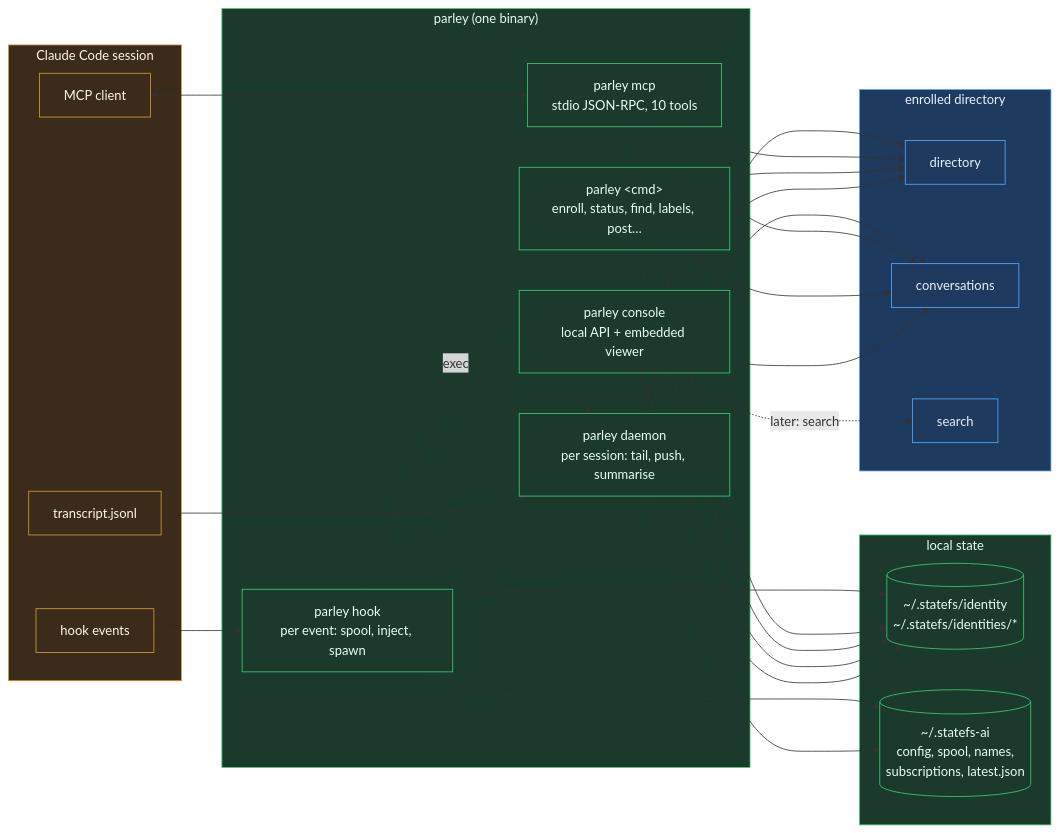
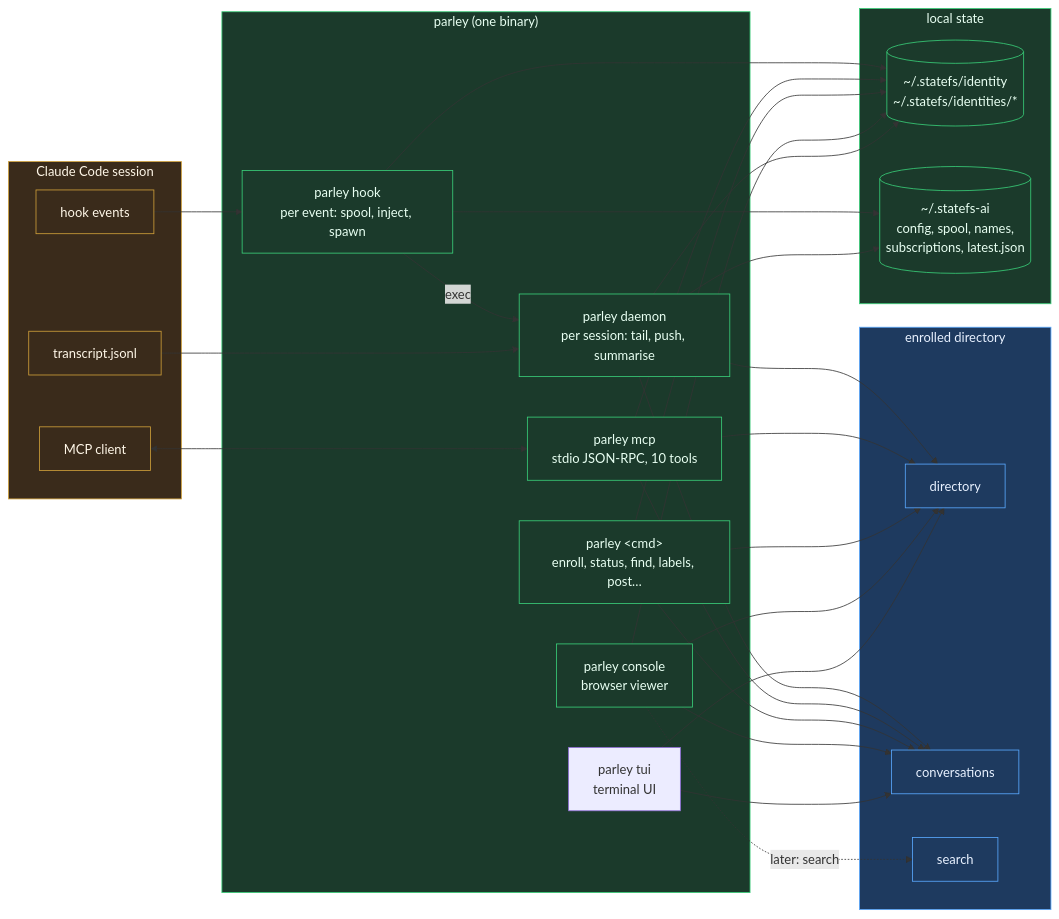
The third of 5 diagrams in docs/architecture/01_layout.md (quantumwake/parley), drawn with Mermaid before and after one commit. The commit also changed other lines of this file and 3 other files, not shown here.

First line of the commit message:
tui: name it parley tui, not the browser console

````diff
--- a/docs/architecture/01_layout.md
+++ b/docs/architecture/01_layout.md
@@ -101,47 +101,49 @@
 ```mermaid
 flowchart LR
     subgraph CC["Claude Code session"]
         HOOKS["hook events"]
         MCPC["MCP client"]
         TR["transcript.jsonl"]
     end
 
     subgraph PARLEY["parley (one binary)"]
         HOOK["parley hook<br/>per event: spool, inject, spawn"]
         DAEMON["parley daemon<br/>per session: tail, push, summarise"]
         MCP["parley mcp<br/>stdio JSON-RPC, 10 tools"]
         CLI["parley &lt;cmd&gt;<br/>enroll, status, find, labels, post…"]
-        CONSOLE["parley console<br/>local API + embedded viewer"]
+        CONSOLE["parley console<br/>browser viewer"]
+        TUI["parley tui<br/>terminal UI"]
     end
 
     subgraph DISK["local state"]
         ID[("~/.statefs/identity<br/>~/.statefs/identities/*")]
         DATA[("~/.statefs-ai<br/>config, spool, names,<br/>subscriptions, latest.json")]
     end
 
     subgraph IO["enrolled directory"]
         D["directory"]
         M["conversations"]
         Q["search"]
     end
 
     HOOKS --> HOOK
     HOOK --> DATA
     HOOK -->|"exec"| DAEMON
     TR --> DAEMON
     DAEMON --> DATA
     DAEMON --> D & M
     MCPC <--> MCP
     MCP --> D & M
     CLI --> D & M
     CONSOLE --> D & M
+    TUI --> D & M
     CONSOLE -.->|"later: search"| Q
     HOOK & MCP & CLI & CONSOLE & DAEMON --> ID
 
     classDef client fill:#3a2b1b,stroke:#d0a03a,color:#fff7e8
     classDef product fill:#1b3a2b,stroke:#3ad07a,color:#e8fff2
     classDef core fill:#1e3a5f,stroke:#5aa9ff,color:#e8f1ff
     class HOOKS,MCPC,TR,CC client
     class HOOK,DAEMON,MCP,CLI,CONSOLE,PARLEY,ID,DATA,DISK product
     class D,M,Q,IO core
 ```
````
